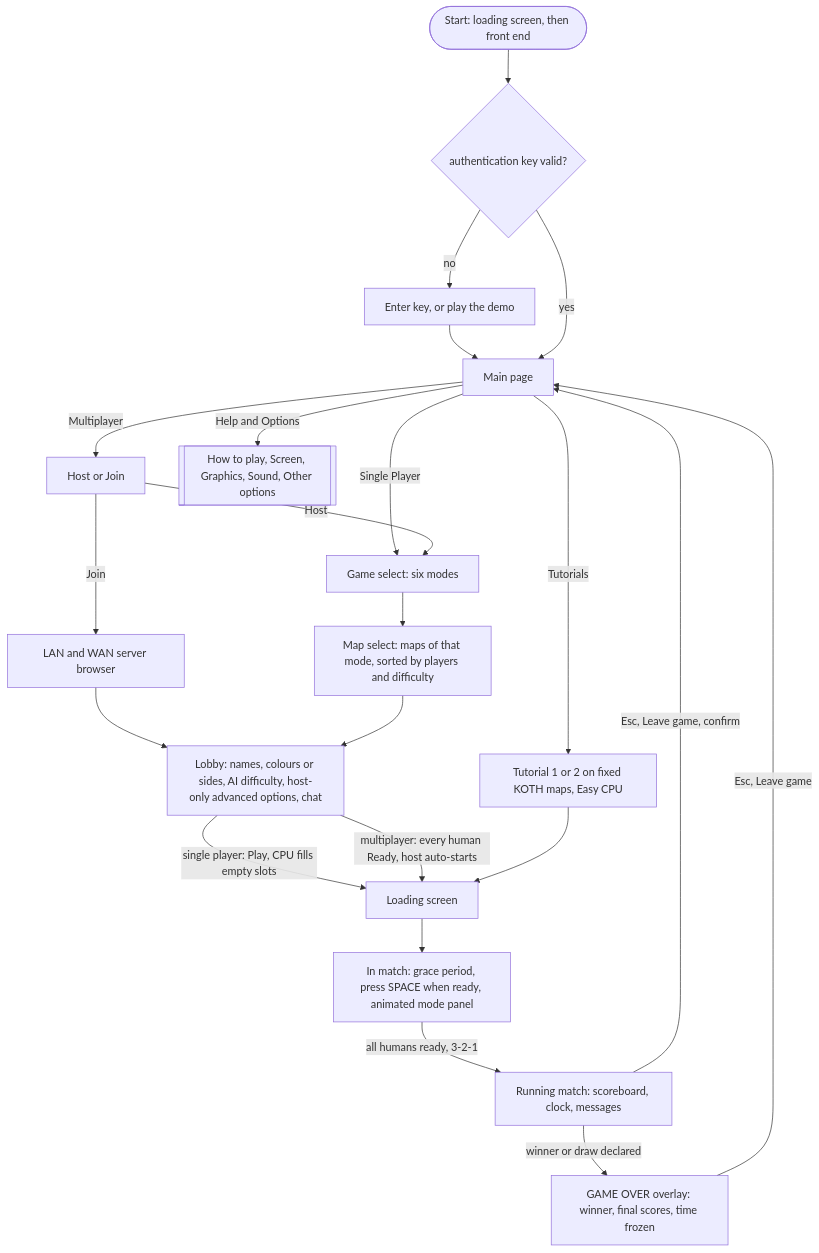
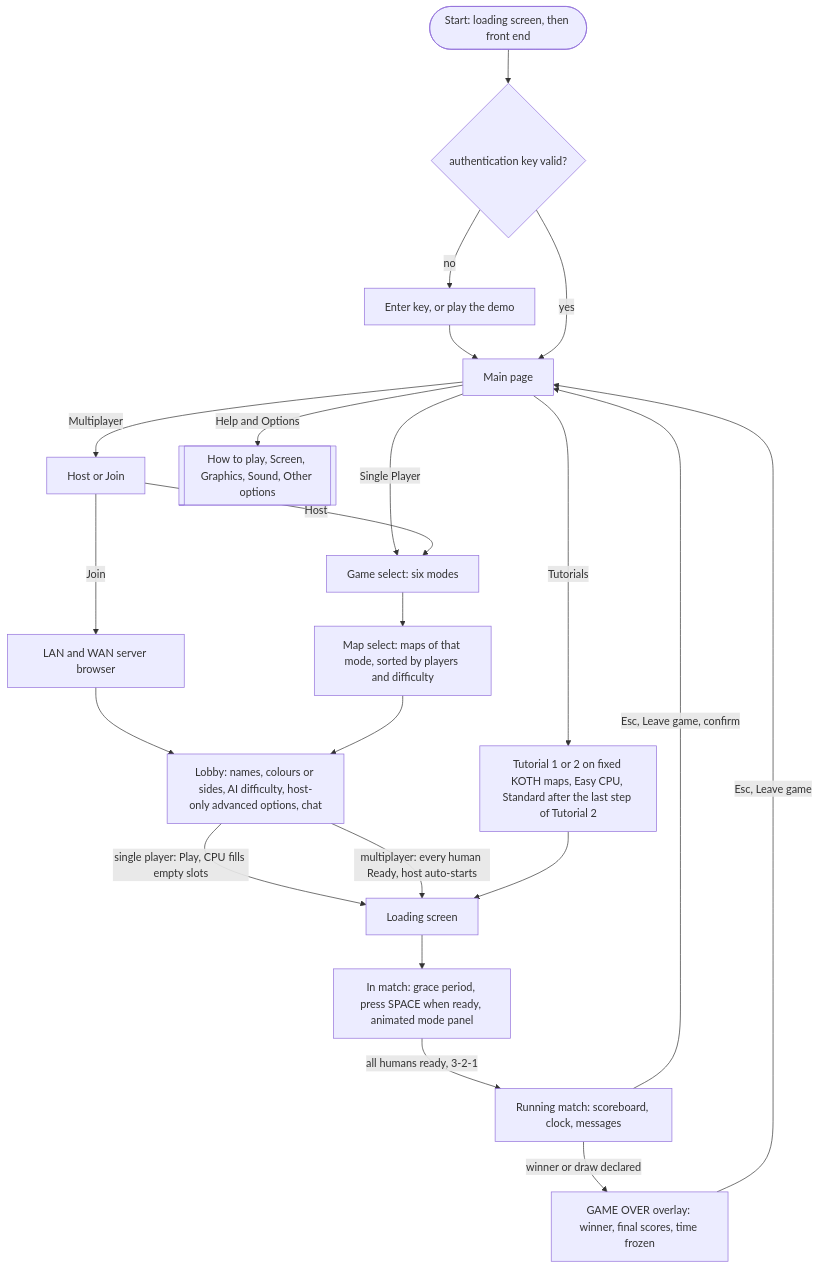
The second of 2 diagrams in design/00_overview.md (Zwaliebaba/Species.AI), drawn with Mermaid before and after one commit. The commit also changed other lines of this file and 36 other files, not shown here.

````diff
--- a/design/00_overview.md
+++ b/design/00_overview.md
@@ -239,24 +239,24 @@
 ```mermaid
 flowchart TD
     BOOT(["Start: loading screen, then front end"]) --> KEY{"authentication key valid?"}
     KEY -- "no" --> AUTH["Enter key, or play the demo"]
     AUTH --> MAIN
     KEY -- "yes" --> MAIN["Main page"]
     MAIN -- "Single Player" --> SEL["Game select: six modes"]
     MAIN -- "Multiplayer" --> HJ["Host or Join"]
-    MAIN -- "Tutorials" --> TUT["Tutorial 1 or 2 on fixed KOTH maps, Easy CPU"]
+    MAIN -- "Tutorials" --> TUT["Tutorial 1 or 2 on fixed KOTH maps, Easy CPU, Standard after the last step of Tutorial 2"]
     MAIN -- "Help and Options" --> HO[["How to play, Screen, Graphics, Sound, Other options"]]
     HJ -- "Host" --> SEL
     HJ -- "Join" --> BROWSE["LAN and WAN server browser"]
     BROWSE --> LOBBY
     SEL --> MAP["Map select: maps of that mode, sorted by players and difficulty"]
     MAP --> LOBBY["Lobby: names, colours or sides, AI difficulty, host-only advanced options, chat"]
     LOBBY -- "single player: Play, CPU fills empty slots" --> LOAD["Loading screen"]
     LOBBY -- "multiplayer: every human Ready, host auto-starts" --> LOAD
     TUT --> LOAD
     LOAD --> GRACE["In match: grace period, press SPACE when ready, animated mode panel"]
     GRACE -- "all humans ready, 3-2-1" --> RUN["Running match: scoreboard, clock, messages"]
     RUN -- "winner or draw declared" --> OVER["GAME OVER overlay: winner, final scores, time frozen"]
     RUN -- "Esc, Leave game, confirm" --> MAIN
     OVER -- "Esc, Leave game" --> MAIN
 ```
````
